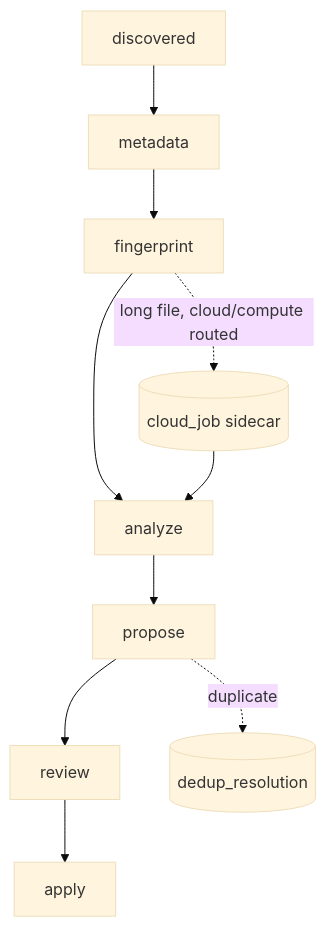
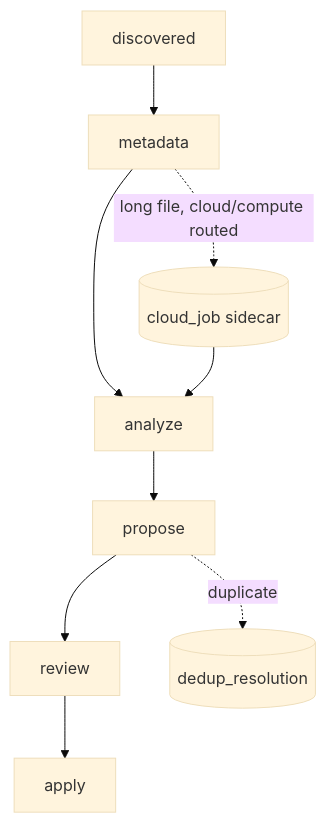
Before and after one commit to SimplicityGuy/phaze: the second of 2 diagrams in docs/database.md, drawn with Mermaid (base theme). The commit also changed other lines of this file and 14 other files, not shown here.

````diff
--- a/docs/database.md
+++ b/docs/database.md
@@ -126,12 +125,11 @@
 ```mermaid
 flowchart TD
     discovered --> metadata
-    metadata --> fingerprint
-    fingerprint --> analyze
-    fingerprint -.long file, cloud/compute routed.-> cloud_job[(cloud_job sidecar)]
+    metadata --> analyze
+    metadata -.long file, cloud/compute routed.-> cloud_job[(cloud_job sidecar)]
     cloud_job --> analyze
     analyze --> propose
     propose --> review
     propose -.duplicate.-> dedup_resolution[(dedup_resolution)]
     review --> apply
 ```
````
